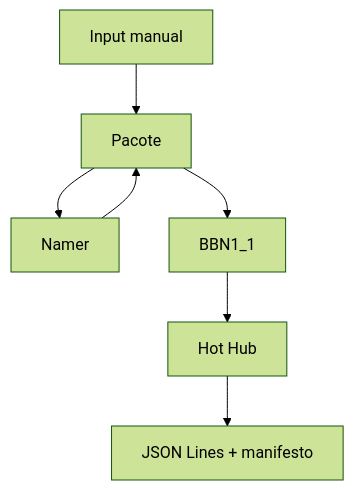
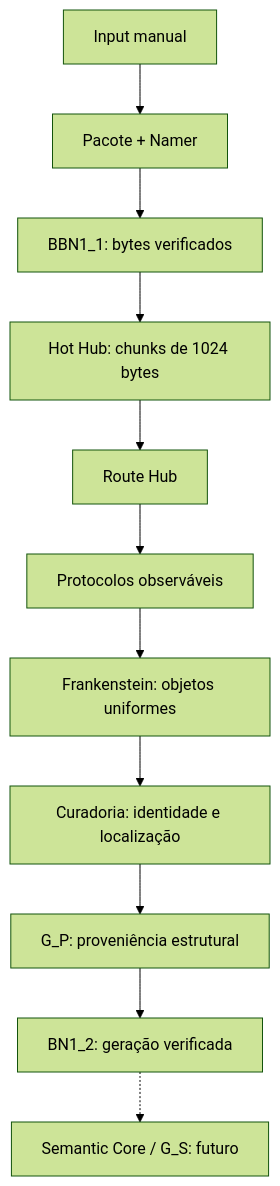
The first of 2 diagrams in README.md (Walc21/AI-MEMORY), drawn with Mermaid (forest theme) before and after one commit. The commit also changed other lines of this file and 21 other files, not shown here.

````diff
--- a/README.md
+++ b/README.md
@@ -50,9 +19,13 @@
 ```mermaid
 flowchart TB
-    I["Input manual"] --> P["Pacote"]
-    P --> N["Namer"]
-    N --> P
-    P --> B["BBN1_1"]
-    B --> H["Hot Hub"]
-    H --> J["JSON Lines + manifesto"]
+    I["Input manual"] --> P["Pacote + Namer"]
+    P --> B["BBN1_1: bytes verificados"]
+    B --> H["Hot Hub: chunks de 1024 bytes"]
+    H --> R["Route Hub"]
+    R --> T["Protocolos observáveis"]
+    T --> F["Frankenstein: objetos uniformes"]
+    F --> C["Curadoria: identidade e localização"]
+    C --> G["G_P: proveniência estrutural"]
+    G --> B2["BN1_2: geração verificada"]
+    B2 -.-> S["Semantic Core / G_S: futuro"]
 ```
````
